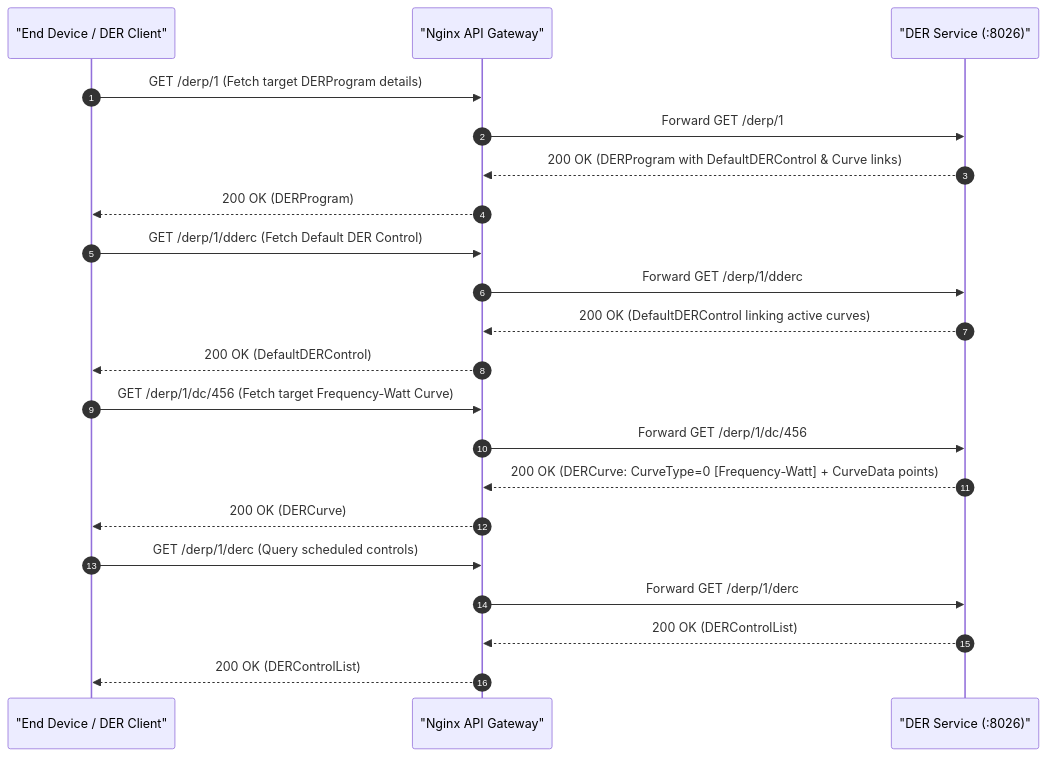
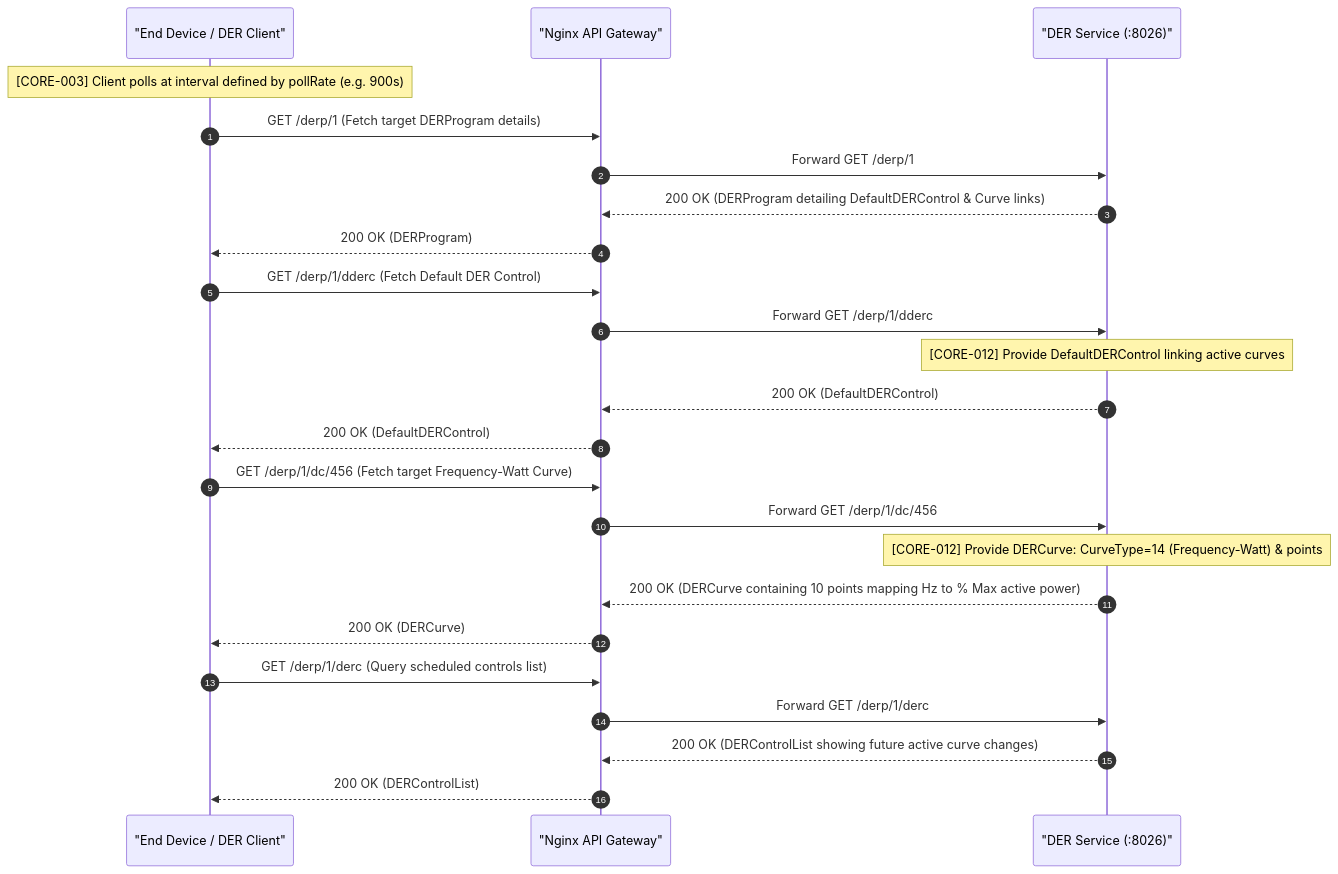
The second of 6 diagrams in lifecycles/frequency_response.md (Tylores/egot), drawn with Mermaid before and after one commit. The commit also changed other lines of this file and 68 other files, not shown here.

Commit message:
refactor: migrate to microservices architecture, add validation tools and scenario tests

````diff
--- a/lifecycles/frequency_response.md
+++ b/lifecycles/frequency_response.md
@@ -47,27 +65,30 @@
 ```mermaid
 sequenceDiagram
     autonumber
     participant Client as "End Device / DER Client"
     participant GW as "Nginx API Gateway"
     participant DER as "DER Service (:8026)"
 
+    Note over Client: [CORE-003] Client polls at interval defined by pollRate (e.g. 900s)
     Client->>GW: GET /derp/1 (Fetch target DERProgram details)
     GW->>DER: Forward GET /derp/1
-    DER-->>GW: 200 OK (DERProgram with DefaultDERControl & Curve links)
+    DER-->>GW: 200 OK (DERProgram detailing DefaultDERControl & Curve links)
     GW-->>Client: 200 OK (DERProgram)
 
     Client->>GW: GET /derp/1/dderc (Fetch Default DER Control)
     GW->>DER: Forward GET /derp/1/dderc
-    DER-->>GW: 200 OK (DefaultDERControl linking active curves)
+    Note over DER: [CORE-012] Provide DefaultDERControl linking active curves
+    DER-->>GW: 200 OK (DefaultDERControl)
     GW-->>Client: 200 OK (DefaultDERControl)
 
     Client->>GW: GET /derp/1/dc/456 (Fetch target Frequency-Watt Curve)
     GW->>DER: Forward GET /derp/1/dc/456
-    DER-->>GW: 200 OK (DERCurve: CurveType=0 [Frequency-Watt] + CurveData points)
+    Note over DER: [CORE-012] Provide DERCurve: CurveType=14 (Frequency-Watt) & points
+    DER-->>GW: 200 OK (DERCurve containing 10 points mapping Hz to % Max active power)
     GW-->>Client: 200 OK (DERCurve)
 
-    Client->>GW: GET /derp/1/derc (Query scheduled controls)
+    Client->>GW: GET /derp/1/derc (Query scheduled controls list)
     GW->>DER: Forward GET /derp/1/derc
-    DER-->>GW: 200 OK (DERControlList)
+    DER-->>GW: 200 OK (DERControlList showing future active curve changes)
     GW-->>Client: 200 OK (DERControlList)
 ```
````
